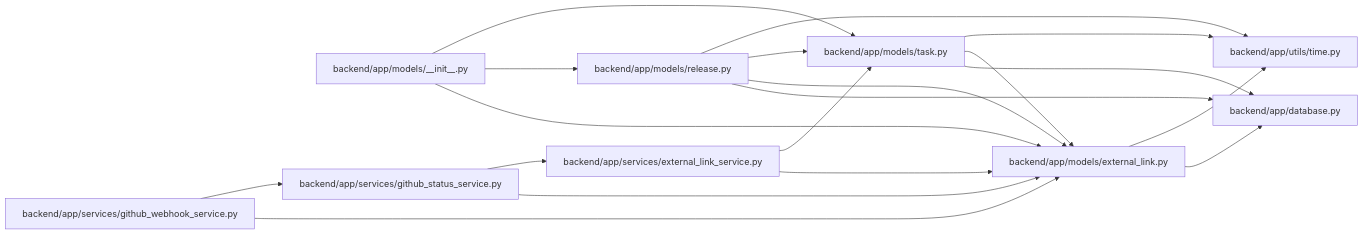
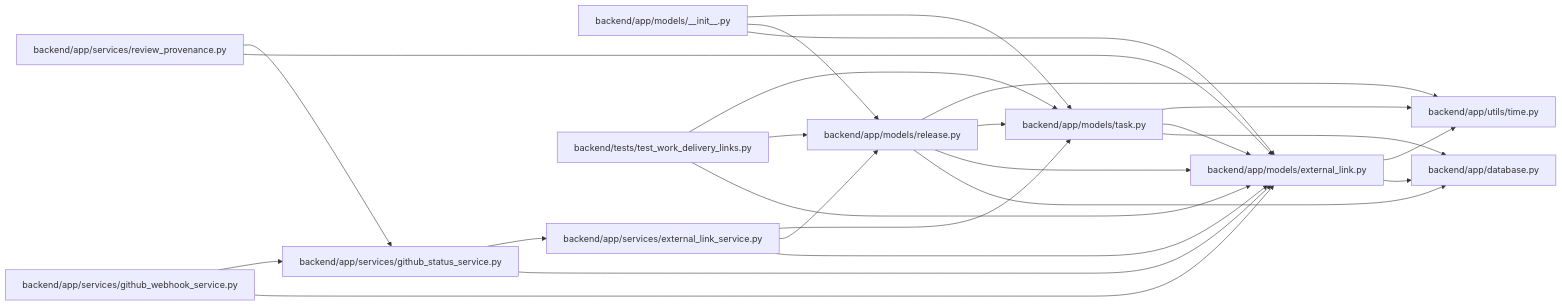
One commit to Denissvgn/WorkChord changed the diagram in docs/llm_wiki/modules/models_external_link.md. Above: the diagram before and after it, drawn with Mermaid. The commit also changed other lines of this file and 2373 other files, not shown here.

````diff
--- a/docs/llm_wiki/modules/models_external_link.md
+++ b/docs/llm_wiki/modules/models_external_link.md
@@ -24,39 +24,49 @@
 ```mermaid
 flowchart LR
     n0["backend/app/database.py"]
     n1["backend/app/models/__init__.py"]
     n2["backend/app/models/external_link.py"]
     n3["backend/app/models/release.py"]
     n4["backend/app/models/task.py"]
     n5["backend/app/services/external_link_service.py"]
     n6["backend/app/services/github_status_service.py"]
     n7["backend/app/services/github_webhook_service.py"]
-    n8["backend/app/utils/time.py"]
+    n8["backend/app/services/review_provenance.py"]
+    n9["backend/app/utils/time.py"]
+    n10["backend/tests/test_work_delivery_links.py"]
     n1 --> n2
     n1 --> n3
     n1 --> n4
     n2 --> n0
-    n2 --> n8
+    n2 --> n9
     n3 --> n0
     n3 --> n2
     n3 --> n4
-    n3 --> n8
+    n3 --> n9
     n4 --> n0
     n4 --> n2
-    n4 --> n8
+    n4 --> n9
     n5 --> n2
+    n5 --> n3
     n5 --> n4
     n6 --> n2
     n6 --> n5
     n7 --> n2
     n7 --> n6
+    n8 --> n2
+    n8 --> n6
+    n10 --> n2
+    n10 --> n3
+    n10 --> n4
     click n0 "../modules/app_database.md"
     click n1 "../modules/models___init__.md"
     click n2 "../modules/models_external_link.md"
     click n3 "../modules/models_release.md"
     click n4 "../modules/models_task.md"
     click n5 "../modules/external_link_service.md"
     click n6 "../modules/github_status_service.md"
     click n7 "../modules/github_webhook_service.md"
-    click n8 "../modules/time.md"
+    click n8 "../modules/review_provenance.md"
+    click n9 "../modules/time.md"
+    click n10 "../modules/test_work_delivery_links.md"
 ```
````
